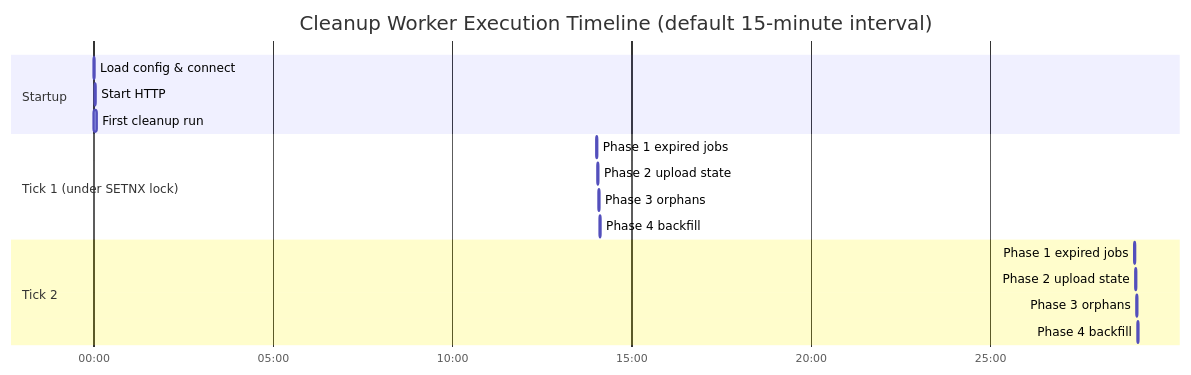
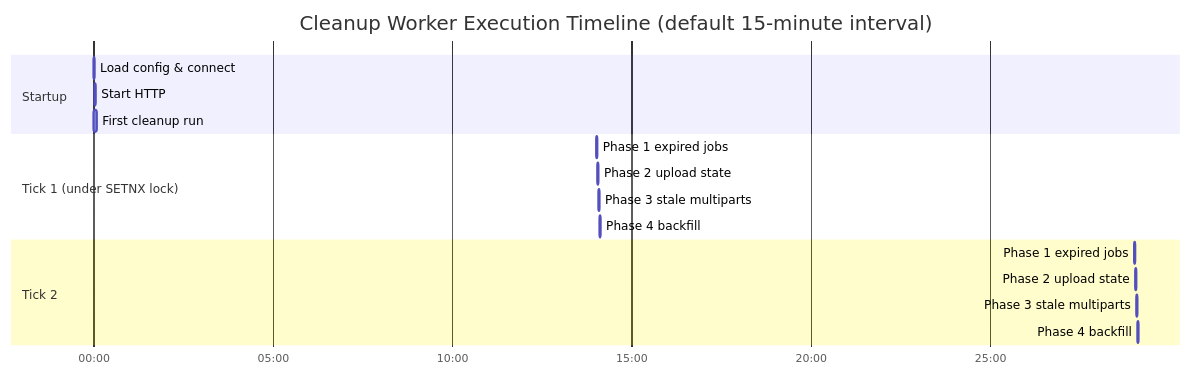
Before and after one commit to Prachidubey2003/fyredocs_backend: the seventh of 7 diagrams in docs/developer/mermaid/service-cleanup-worker-sequence.md, drawn with Mermaid. The commit also changed other lines of this file and 84 other files, not shown here.

````diff
--- a/docs/developer/mermaid/service-cleanup-worker-sequence.md
+++ b/docs/developer/mermaid/service-cleanup-worker-sequence.md
@@ -173,23 +167,23 @@
 ```mermaid
 gantt
     title Cleanup Worker Execution Timeline (default 15-minute interval)
     dateFormat mm:ss
     axisFormat %M:%S
 
     section Startup
     Load config & connect    :s1, 00:00, 2s
     Start HTTP :8088         :s2, after s1, 1s
     First cleanup run        :s3, after s2, 6s
 
     section Tick 1 (under SETNX lock)
     Phase 1 expired jobs     :p1, 14:00, 3s
     Phase 2 upload state     :p2, after p1, 2s
-    Phase 3 orphans          :p3, after p2, 2s
+    Phase 3 stale multiparts :p3, after p2, 2s
     Phase 4 backfill         :p4, after p3, 1s
 
     section Tick 2
     Phase 1 expired jobs     :q1, 29:00, 3s
     Phase 2 upload state     :q2, after q1, 2s
-    Phase 3 orphans          :q3, after q2, 2s
+    Phase 3 stale multiparts :q3, after q2, 2s
     Phase 4 backfill         :q4, after q3, 1s
 ```
````
